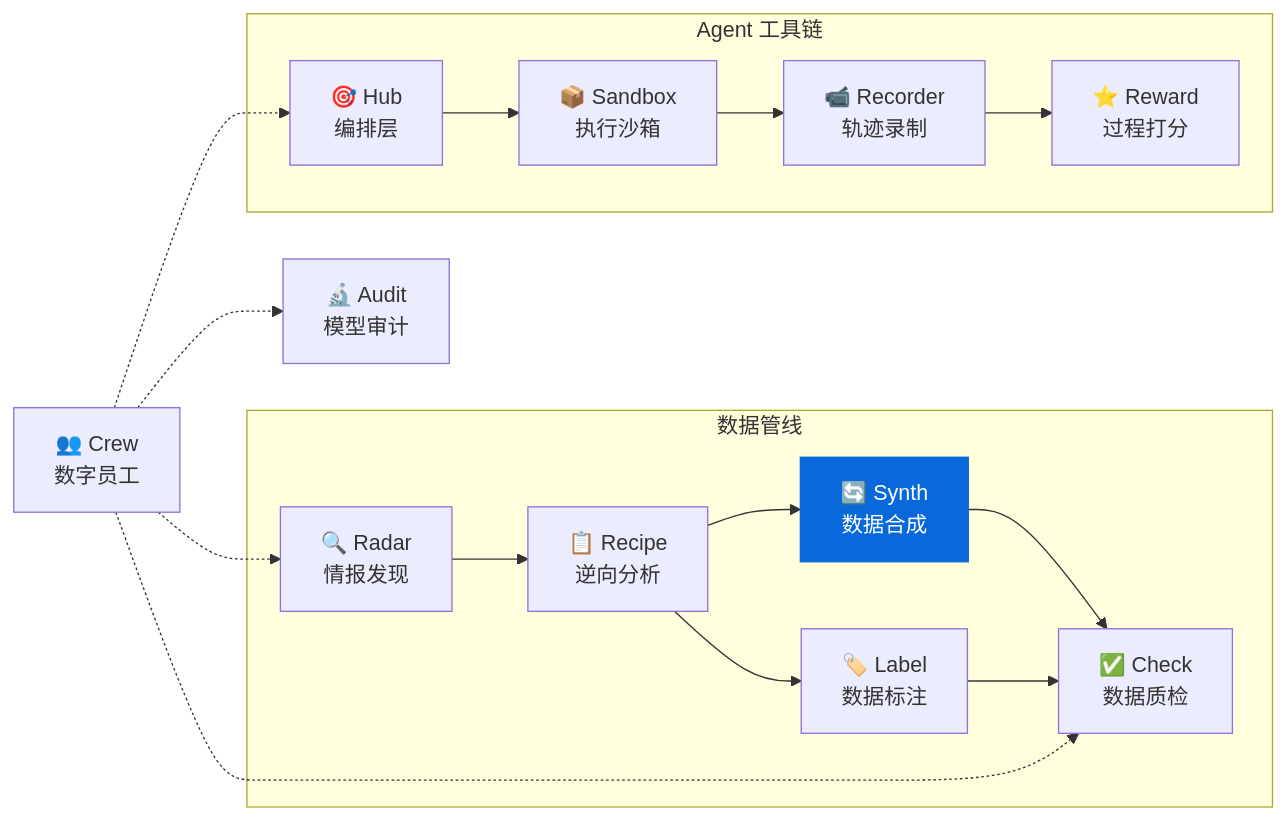
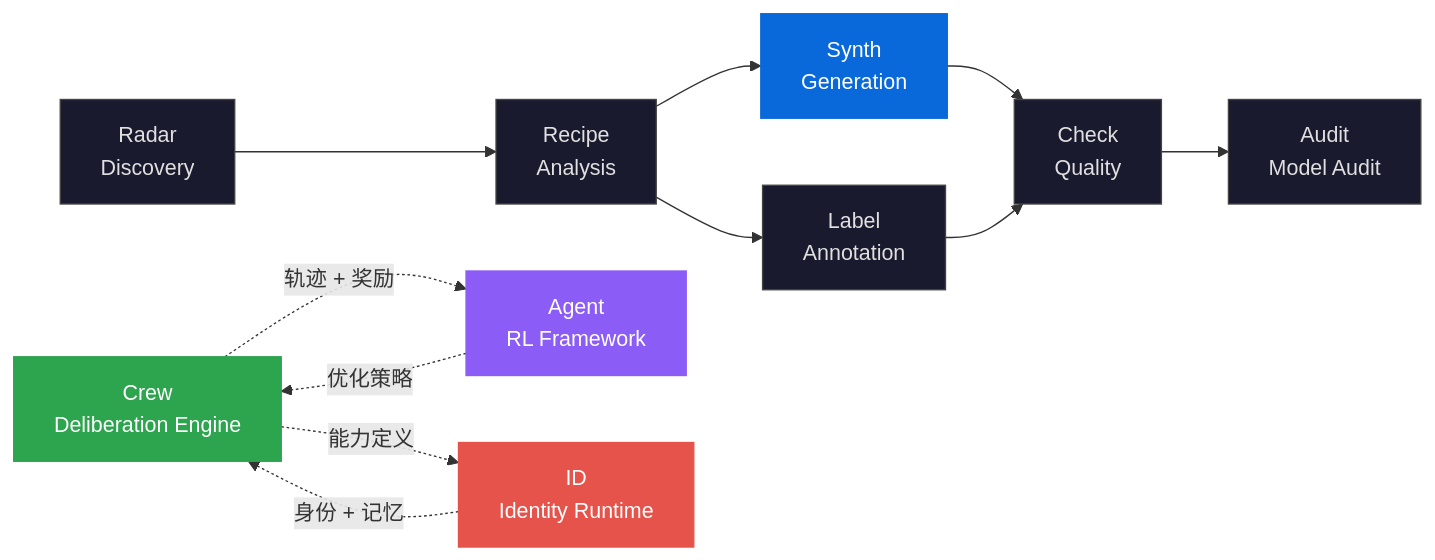
One commit to liuxiaotong/data-synth changed the second of 2 diagrams in README.md. Above: the diagram before and after it, drawn with Mermaid. The commit also changed other lines of this file, not shown here.

````diff
--- a/README.md
+++ b/README.md
@@ -466,22 +322,26 @@
 ```mermaid
 graph LR
-    subgraph 数据管线
-        Radar["🔍 Radar<br/>情报发现"] --> Recipe["📋 Recipe<br/>逆向分析"]
-        Recipe --> Synth["🔄 Synth<br/>数据合成"]
-        Recipe --> Label["🏷️ Label<br/>数据标注"]
-        Synth --> Check["✅ Check<br/>数据质检"]
-        Label --> Check
-    end
-    Audit["🔬 Audit<br/>模型审计"]
-    subgraph Agent 工具链
-        Hub["🎯 Hub<br/>编排层"] --> Sandbox["📦 Sandbox<br/>执行沙箱"]
-        Sandbox --> Recorder["📹 Recorder<br/>轨迹录制"]
-        Recorder --> Reward["⭐ Reward<br/>过程打分"]
-    end
-    Crew["👥 Crew<br/>数字员工"]
-    Crew -.-> Radar
-    Crew -.-> Check
-    Crew -.-> Audit
-    Crew -.-> Hub
+    Radar["Radar<br/>Discovery"] --> Recipe["Recipe<br/>Analysis"]
+    Recipe --> Synth["Synth<br/>Generation"]
+    Recipe --> Label["Label<br/>Annotation"]
+    Synth --> Check["Check<br/>Quality"]
+    Label --> Check
+    Check --> Audit["Audit<br/>Model Audit"]
+    Crew["Crew<br/>Deliberation Engine"]
+    Agent["Agent<br/>RL Framework"]
+    ID["ID<br/>Identity Runtime"]
+    Crew -.->|能力定义| ID
+    ID -.->|身份 + 记忆| Crew
+    Crew -.->|轨迹 + 奖励| Agent
+    Agent -.->|优化策略| Crew
+
     style Synth fill:#0969da,color:#fff,stroke:#0969da
+    style Crew fill:#2da44e,color:#fff,stroke:#2da44e
+    style Agent fill:#8b5cf6,color:#fff,stroke:#8b5cf6
+    style ID fill:#e5534b,color:#fff,stroke:#e5534b
+    style Radar fill:#1a1a2e,color:#e0e0e0,stroke:#444
+    style Recipe fill:#1a1a2e,color:#e0e0e0,stroke:#444
+    style Label fill:#1a1a2e,color:#e0e0e0,stroke:#444
+    style Check fill:#1a1a2e,color:#e0e0e0,stroke:#444
+    style Audit fill:#1a1a2e,color:#e0e0e0,stroke:#444
 ```
````
